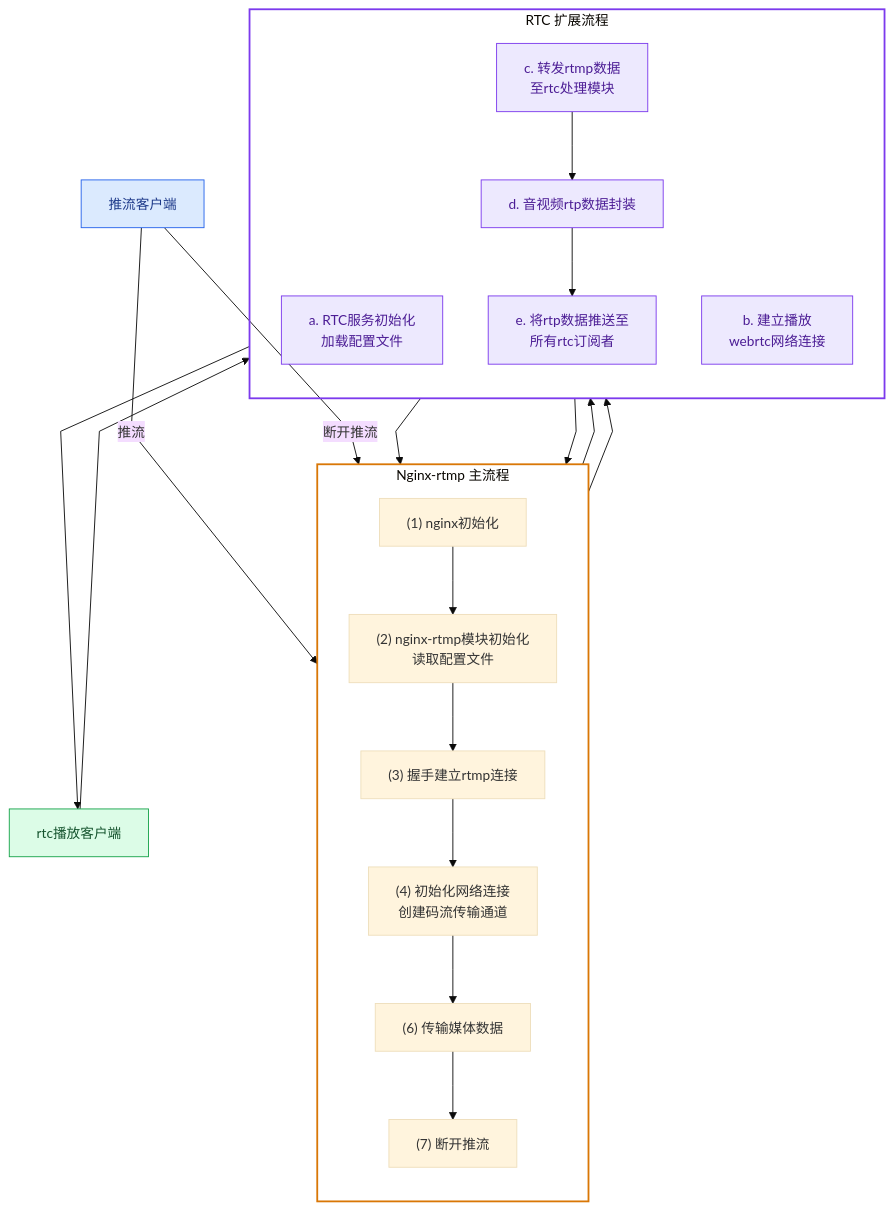
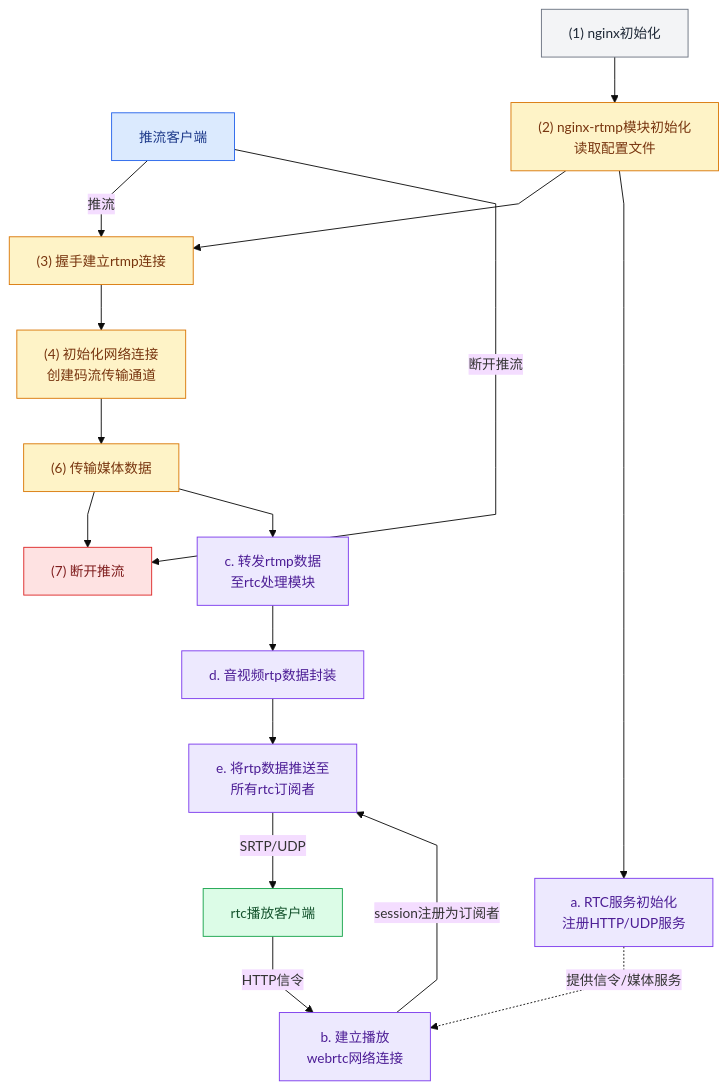
Before and after one commit to DeguiLiu/nginx-rtc-example: the fifth of 8 diagrams in docs/一种基于Nginx-rtmp的webrtc低延迟直播方法.md, drawn with Mermaid. The commit also changed other lines of this file and 1 other file, not shown here.

Commit message:
story-docs(dm): drop stale ../openresty-rtmp-new fallback from README

````diff
--- a/docs/一种基于Nginx-rtmp的webrtc低延迟直播方法.md
+++ b/docs/一种基于Nginx-rtmp的webrtc低延迟直播方法.md
@@ -207,46 +125,43 @@
 ```mermaid
 %%{init: {"theme": "base", "flowchart": {"curve": "linear"}, "themeVariables": {"fontSize": "15px"}}}%%
 flowchart TB
     pusher["推流客户端"]
     rtcplayer["rtc播放客户端"]
 
-    subgraph main["Nginx-rtmp 主流程"]
-        direction TB
-        n1["(1) nginx初始化"]
-        n2["(2) nginx-rtmp模块初始化<br/>读取配置文件"]
-        n3["(3) 握手建立rtmp连接"]
-        n4["(4) 初始化网络连接<br/>创建码流传输通道"]
-        n6["(6) 传输媒体数据"]
-        n7["(7) 断开推流"]
-        n1 --> n2 --> n3 --> n4 --> n6 --> n7
-    end
+    n1["(1) nginx初始化"]
+    n2["(2) nginx-rtmp模块初始化<br/>读取配置文件"]
+    a["a. RTC服务初始化<br/>注册HTTP/UDP服务"]
+    n3["(3) 握手建立rtmp连接"]
+    n4["(4) 初始化网络连接<br/>创建码流传输通道"]
+    n6["(6) 传输媒体数据"]
+    n7["(7) 断开推流"]
 
-    subgraph rtc["RTC 扩展流程"]
-        direction TB
-        a["a. RTC服务初始化<br/>加载配置文件"]
-        b["b. 建立播放<br/>webrtc网络连接"]
-        c["c. 转发rtmp数据<br/>至rtc处理模块"]
-        d["d. 音视频rtp数据封装"]
-        e["e. 将rtp数据推送至<br/>所有rtc订阅者"]
-        c --> d --> e
-    end
+    b["b. 建立播放<br/>webrtc网络连接"]
+    c["c. 转发rtmp数据<br/>至rtc处理模块"]
+    d["d. 音视频rtp数据封装"]
+    e["e. 将rtp数据推送至<br/>所有rtc订阅者"]
 
+    n1 --> n2 --> n3 --> n4 --> n6 --> n7
+    n2 --> a
     pusher -- "推流" --> n3
     pusher -- "断开推流" --> n7
-    n2 --> a
-    a --> n3
-    rtcplayer --> b
-    b --> n4
-    n6 --> c
-    e --> rtcplayer
+    rtcplayer -- "HTTP信令" --> b
+    a -.提供信令/媒体服务.-> b
+    n6 --> c --> d --> e
+    b -- "session注册为订阅者" --> e
+    e -- "SRTP/UDP" --> rtcplayer
 
     style pusher fill:#dbeafe,stroke:#2563eb,color:#1e3a8a
     style rtcplayer fill:#dcfce7,stroke:#16a34a,color:#14532d
-    style main fill:none,stroke:#d97706,stroke-width:2px
-    style rtc fill:none,stroke:#7c3aed,stroke-width:2px
+    style n1 fill:#f3f4f6,stroke:#6b7280,color:#1f2937
+    style n2 fill:#fef3c7,stroke:#d97706,color:#78350f
+    style n3 fill:#fef3c7,stroke:#d97706,color:#78350f
+    style n4 fill:#fef3c7,stroke:#d97706,color:#78350f
+    style n6 fill:#fef3c7,stroke:#d97706,color:#78350f
+    style n7 fill:#fee2e2,stroke:#dc2626,color:#7f1d1d
     style a fill:#ede9fe,stroke:#7c3aed,color:#4c1d95
     style b fill:#ede9fe,stroke:#7c3aed,color:#4c1d95
     style c fill:#ede9fe,stroke:#7c3aed,color:#4c1d95
     style d fill:#ede9fe,stroke:#7c3aed,color:#4c1d95
     style e fill:#ede9fe,stroke:#7c3aed,color:#4c1d95
 ```
````
